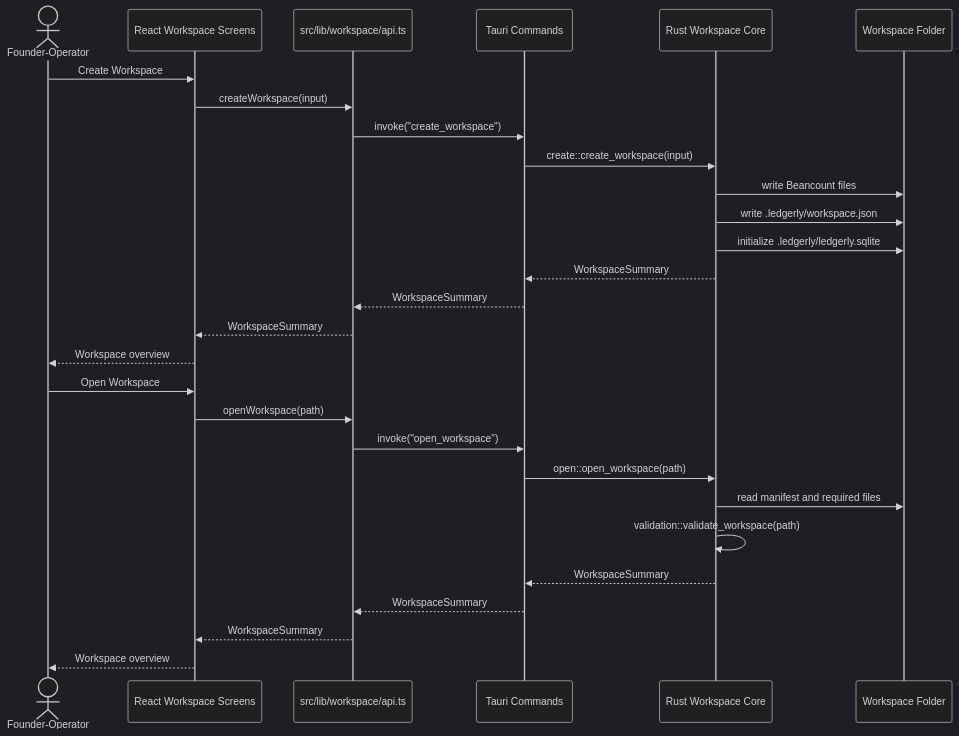
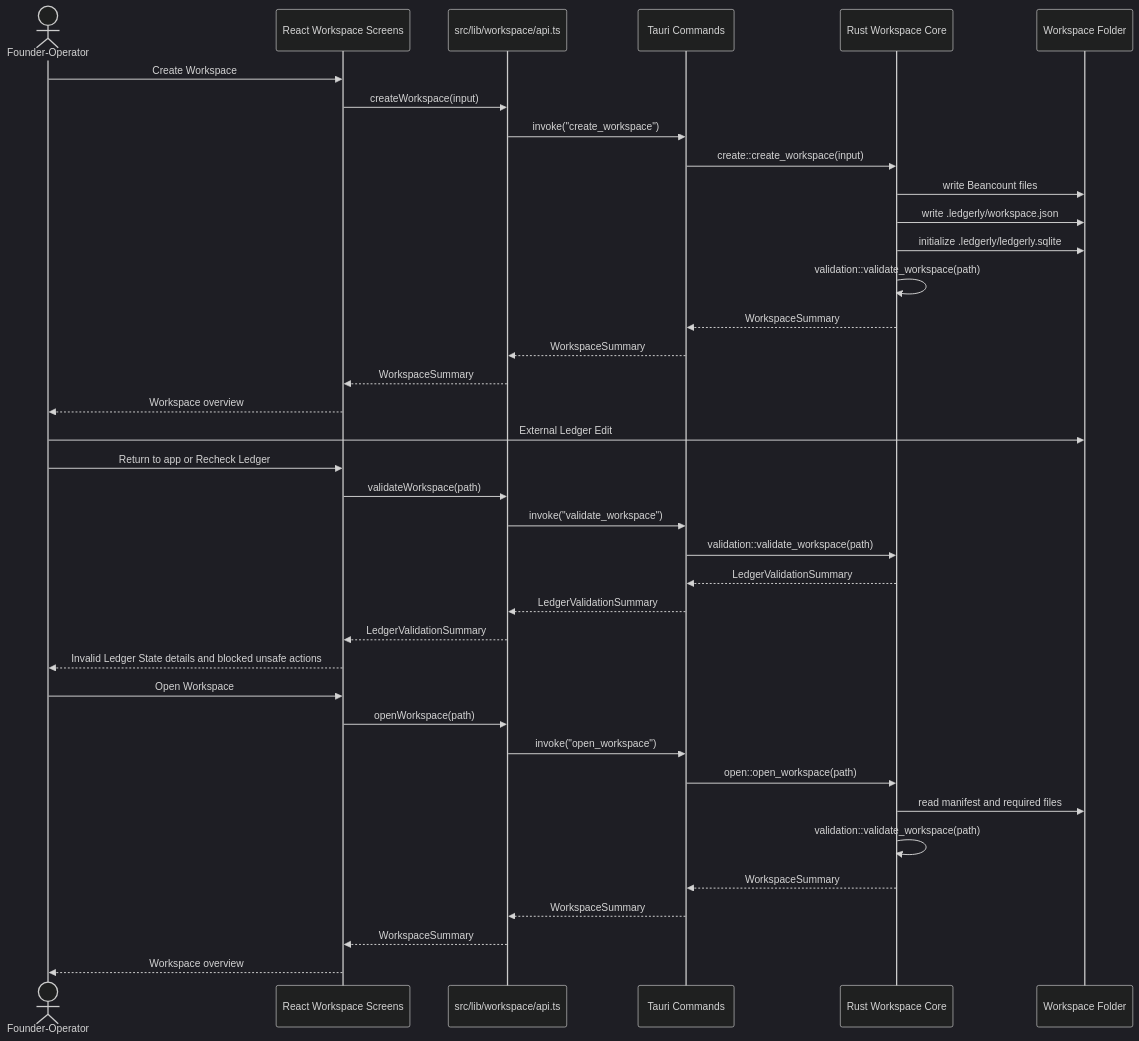
One commit to ryenski/Ledgerly-MVP changed the second of 4 diagrams in docs/architecture.md. Above: the diagram before and after it, drawn with Mermaid (dark theme). The commit also changed other lines of this file and 11 other files, not shown here.

First line of the commit message:
Surface invalid ledger state in Workspace overview (#18)

````diff
--- a/docs/architecture.md
+++ b/docs/architecture.md
@@ -81,32 +84,43 @@
 ```mermaid
 sequenceDiagram
   actor User as Founder-Operator
   participant UI as React Workspace Screens
   participant API as src/lib/workspace/api.ts
   participant Cmd as Tauri Commands
   participant Core as Rust Workspace Core
   participant Disk as Workspace Folder
 
   User->>UI: Create Workspace
   UI->>API: createWorkspace(input)
   API->>Cmd: invoke("create_workspace")
   Cmd->>Core: create::create_workspace(input)
   Core->>Disk: write Beancount files
   Core->>Disk: write .ledgerly/workspace.json
   Core->>Disk: initialize .ledgerly/ledgerly.sqlite
+  Core->>Core: validation::validate_workspace(path)
   Core-->>Cmd: WorkspaceSummary
   Cmd-->>API: WorkspaceSummary
   API-->>UI: WorkspaceSummary
   UI-->>User: Workspace overview
+
+  User->>Disk: External Ledger Edit
+  User->>UI: Return to app or Recheck Ledger
+  UI->>API: validateWorkspace(path)
+  API->>Cmd: invoke("validate_workspace")
+  Cmd->>Core: validation::validate_workspace(path)
+  Core-->>Cmd: LedgerValidationSummary
+  Cmd-->>API: LedgerValidationSummary
+  API-->>UI: LedgerValidationSummary
+  UI-->>User: Invalid Ledger State details and blocked unsafe actions
 
   User->>UI: Open Workspace
   UI->>API: openWorkspace(path)
   API->>Cmd: invoke("open_workspace")
   Cmd->>Core: open::open_workspace(path)
   Core->>Disk: read manifest and required files
   Core->>Core: validation::validate_workspace(path)
   Core-->>Cmd: WorkspaceSummary
   Cmd-->>API: WorkspaceSummary
   API-->>UI: WorkspaceSummary
   UI-->>User: Workspace overview
 ```
````
